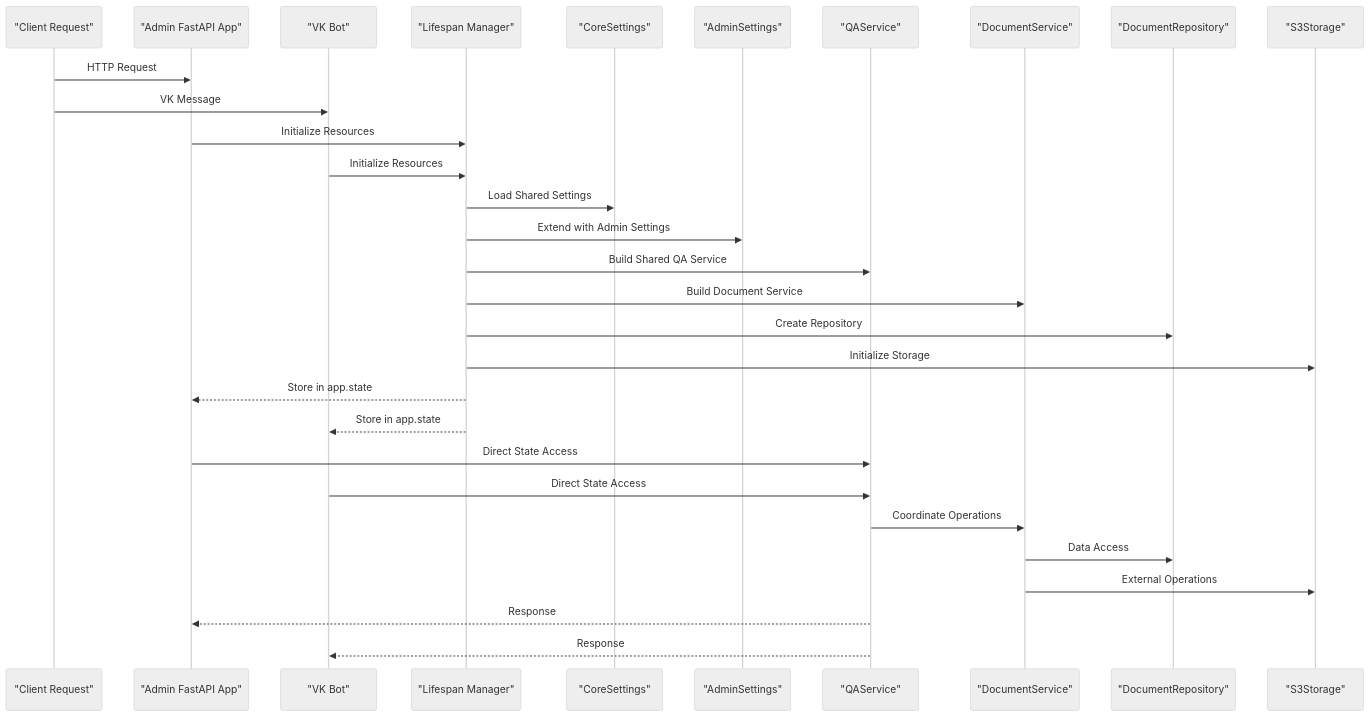
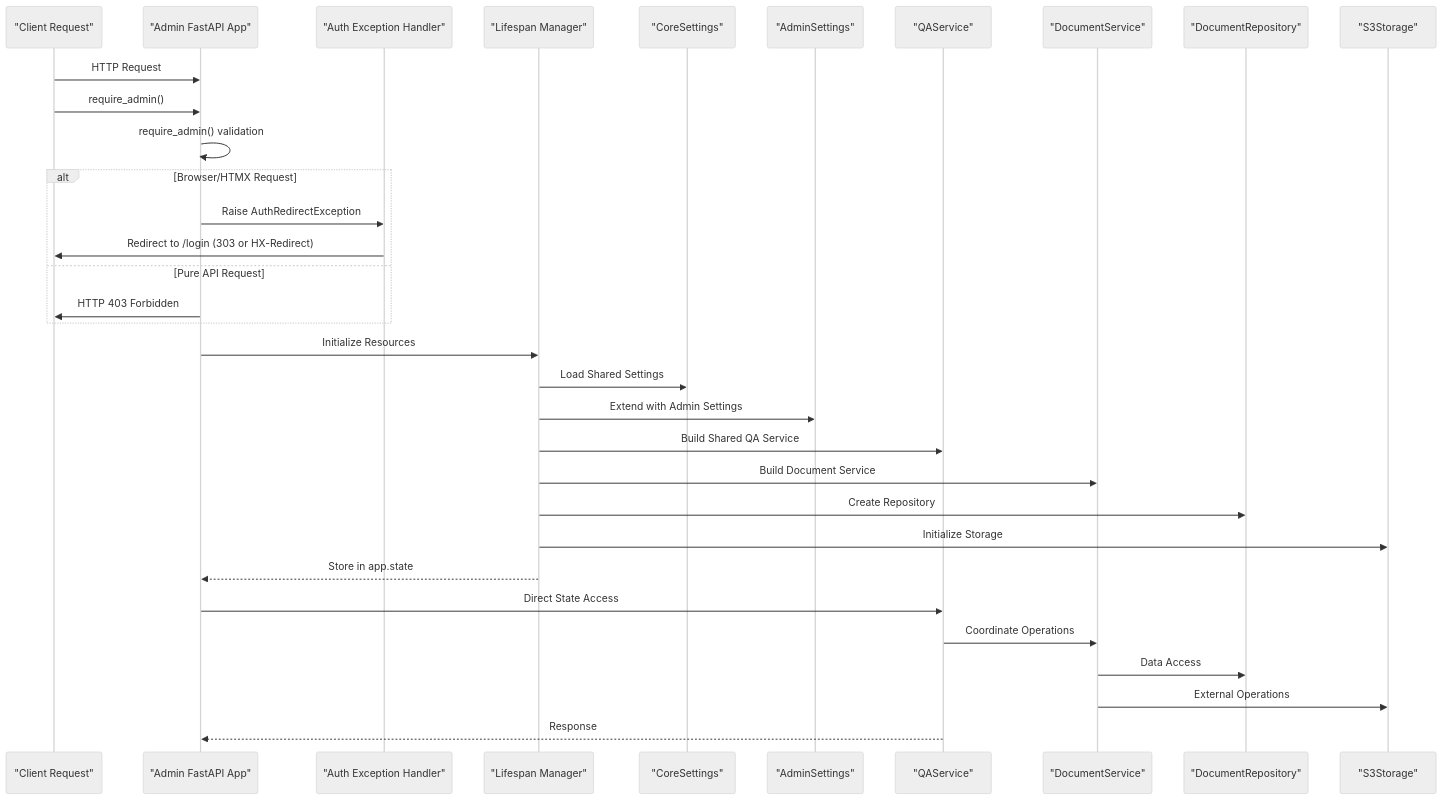
The second of 12 diagrams in .qoder/repowiki/en/content/API Reference/Dependency Injection System.md (ognelis/cafetera_hr_bot), drawn with Mermaid (neutral theme) before and after one commit. The commit also changed other lines of this file and 15 other files, not shown here.

````diff
--- a/.qoder/repowiki/en/content/API Reference/Dependency Injection System.md
+++ b/.qoder/repowiki/en/content/API Reference/Dependency Injection System.md
@@ -173,32 +193,35 @@
 ```mermaid
 sequenceDiagram
 participant Client as "Client Request"
 participant AdminApp as "Admin FastAPI App"
-participant VKBot as "VK Bot"
+participant AuthHandler as "Auth Exception Handler"
 participant Lifespan as "Lifespan Manager"
 participant CoreSettings as "CoreSettings"
 participant AdminSettings as "AdminSettings"
 participant QAService as "QAService"
 participant DocService as "DocumentService"
 participant Repo as "DocumentRepository"
 participant S3 as "S3Storage"
 Client->>AdminApp : HTTP Request
-Client->>VKBot : VK Message
+Client->>AdminApp : require_admin()
+AdminApp->>AdminApp : require_admin() validation
+alt Browser/HTMX Request
+AdminApp->>AuthHandler : Raise AuthRedirectException
+AuthHandler->>Client : Redirect to /login (303 or HX-Redirect)
+else Pure API Request
+AdminApp->>Client : HTTP 403 Forbidden
+end
 AdminApp->>Lifespan : Initialize Resources
-VKBot->>Lifespan : Initialize Resources
 Lifespan->>CoreSettings : Load Shared Settings
 Lifespan->>AdminSettings : Extend with Admin Settings
 Lifespan->>QAService : Build Shared QA Service
 Lifespan->>DocService : Build Document Service
 Lifespan->>Repo : Create Repository
 Lifespan->>S3 : Initialize Storage
 Lifespan-->>AdminApp : Store in app.state
-Lifespan-->>VKBot : Store in app.state
 AdminApp->>QAService : Direct State Access
-VKBot->>QAService : Direct State Access
 QAService->>DocService : Coordinate Operations
 DocService->>Repo : Data Access
 DocService->>S3 : External Operations
 QAService-->>AdminApp : Response
-QAService-->>VKBot : Response
 ```
````
